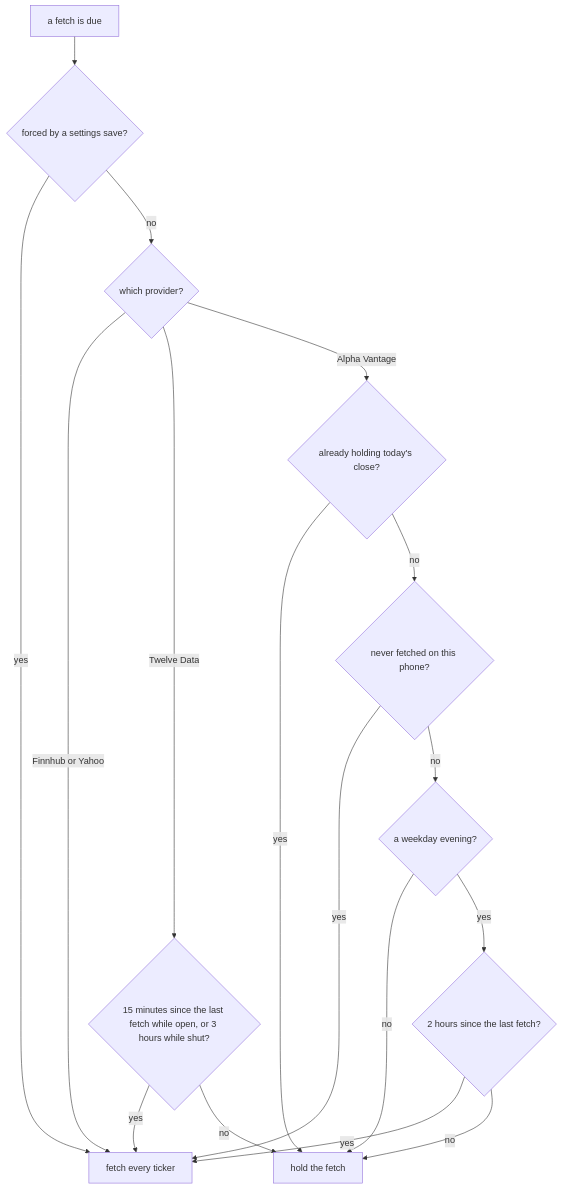
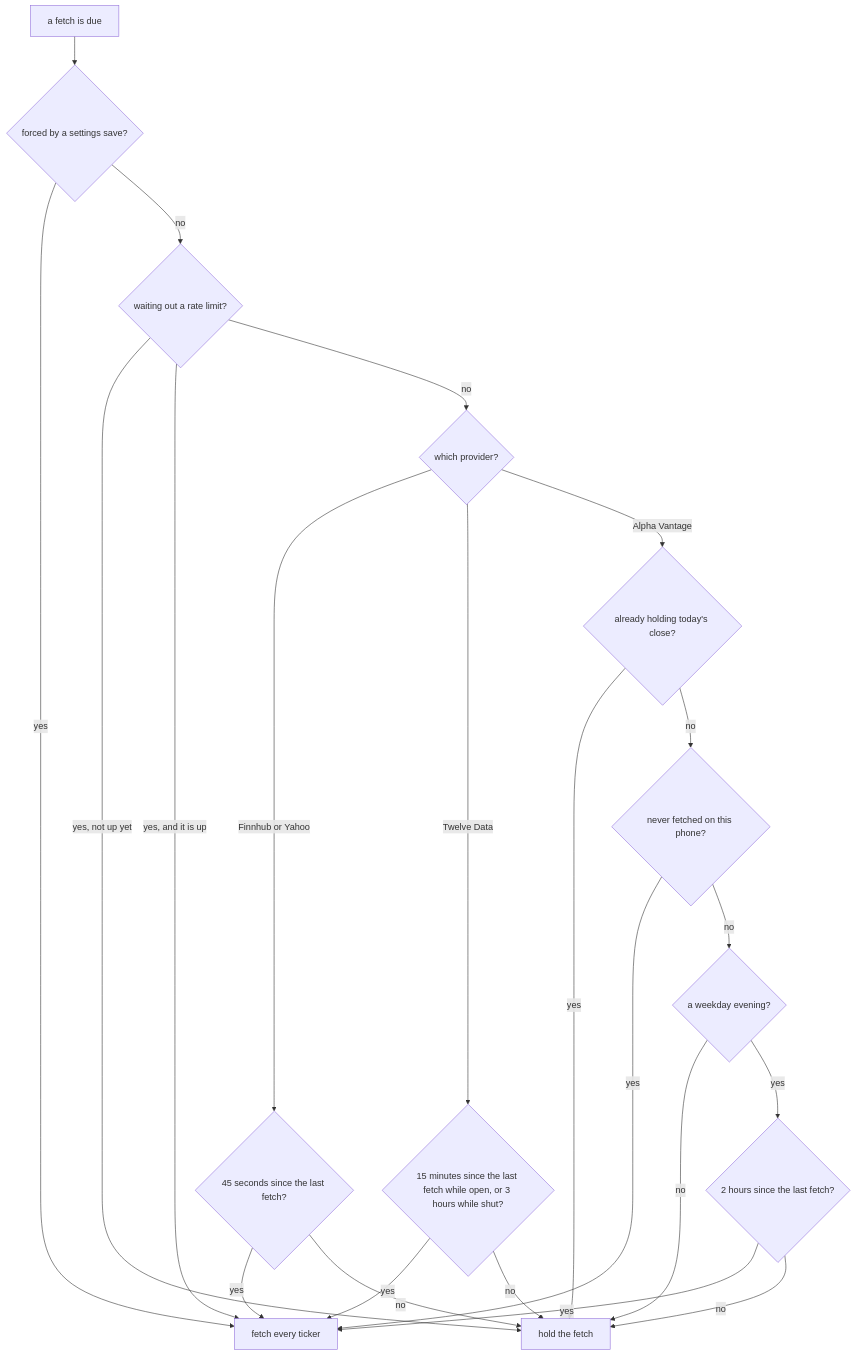
The diagram in docs/how/stock-store.md (AKlitbo/pebble-app-framework), drawn with Mermaid before and after one commit. The commit also changed other lines of this file and 27 other files, not shown here.

````diff
--- a/docs/how/stock-store.md
+++ b/docs/how/stock-store.md
@@ -86,19 +90,24 @@
 ```mermaid
 flowchart TD
   ask["a fetch is due"] --> forced{"forced by a settings save?"}
   forced -- yes --> fetch["fetch every ticker"]
-  forced -- no --> provider{"which provider?"}
-  provider -- "Finnhub or Yahoo" --> fetch
+  forced -- no --> wait{"waiting out a rate limit?"}
+  wait -- "yes, not up yet" --> hold
+  wait -- "yes, and it is up" --> fetch
+  wait -- no --> provider{"which provider?"}
+  provider -- "Finnhub or Yahoo" --> realtime{"45 seconds since the last fetch?"}
+  realtime -- yes --> fetch
+  realtime -- no --> hold
   provider -- "Twelve Data" --> floor{"15 minutes since the last fetch while open, or 3 hours while shut?"}
   floor -- yes --> fetch
   floor -- no --> hold["hold the fetch"]
   provider -- "Alpha Vantage" --> today{"already holding today's close?"}
   today -- yes --> hold
   today -- no --> never{"never fetched on this phone?"}
   never -- yes --> fetch
   never -- no --> evening{"a weekday evening?"}
   evening -- no --> hold
   evening -- yes --> gap{"2 hours since the last fetch?"}
   gap -- yes --> fetch
   gap -- no --> hold
 ```
````
